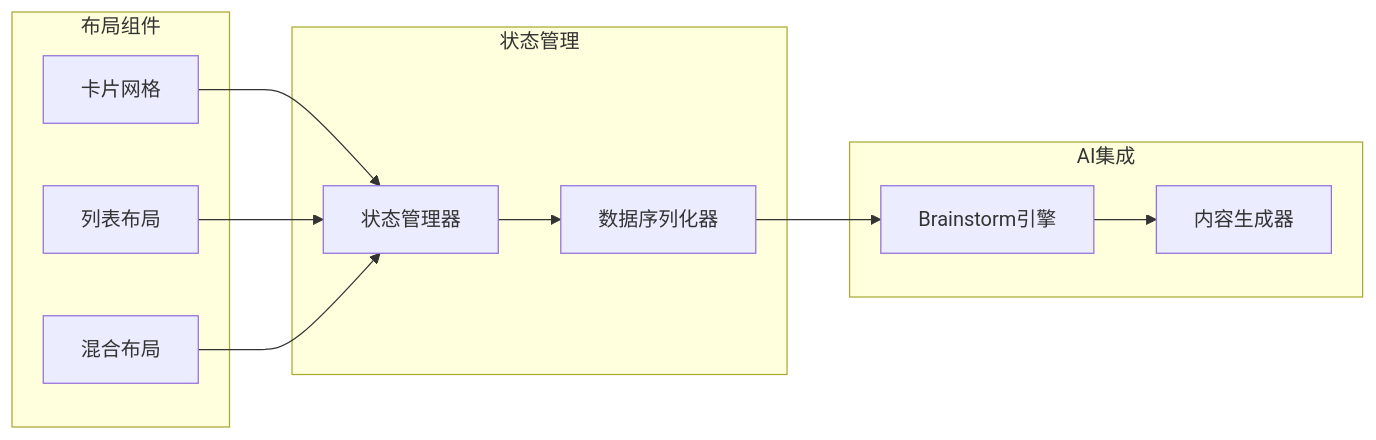
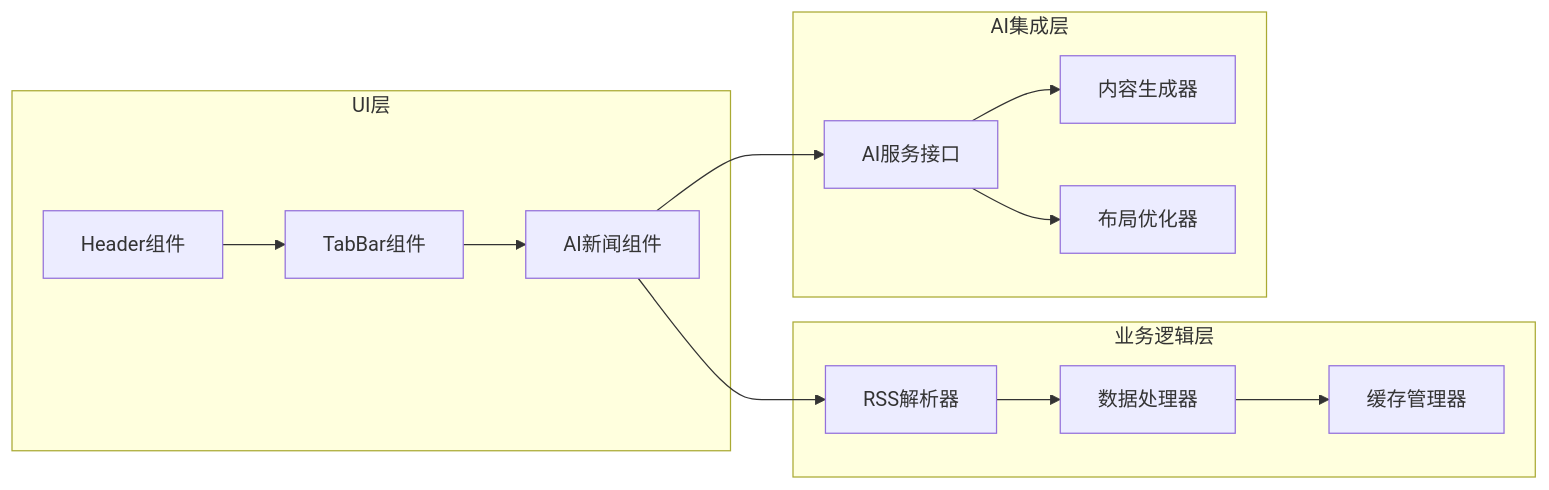
The tenth of 10 diagrams in .qoder/repowiki/zh/content/Superpowers AI集成.md (huanglixinccc/next-demo-collection), drawn with Mermaid before and after one commit. The commit also changed other lines of this file and 10 other files, not shown here.

````diff
--- a/.qoder/repowiki/zh/content/Superpowers AI集成.md
+++ b/.qoder/repowiki/zh/content/Superpowers AI集成.md
@@ -191,22 +332,26 @@
 ```mermaid
 graph LR
-subgraph "布局组件"
-CardGrid[卡片网格]
-ListLayout[列表布局]
-MixedLayout[混合布局]
+subgraph "UI层"
+Header[Header组件]
+TabBar[TabBar组件]
+AINews[AI新闻组件]
 end
-subgraph "状态管理"
-StateManager[状态管理器]
-DataSerializer[数据序列化器]
+subgraph "业务逻辑层"
+RSSParser[RSS解析器]
+DataProcessor[数据处理器]
+CacheManager[缓存管理器]
 end
-subgraph "AI集成"
-BrainstormEngine[Brainstorm引擎]
+subgraph "AI集成层"
+AIService[AI服务接口]
 ContentGenerator[内容生成器]
+LayoutOptimizer[布局优化器]
 end
-CardGrid --> StateManager
-ListLayout --> StateManager
-MixedLayout --> StateManager
-StateManager --> DataSerializer
-DataSerializer --> BrainstormEngine
-BrainstormEngine --> ContentGenerator
+Header --> TabBar
+TabBar --> AINews
+AINews --> RSSParser
+RSSParser --> DataProcessor
+DataProcessor --> CacheManager
+AINews --> AIService
+AIService --> ContentGenerator
+AIService --> LayoutOptimizer
 ```
````
